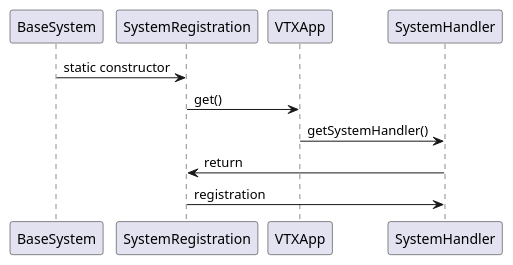
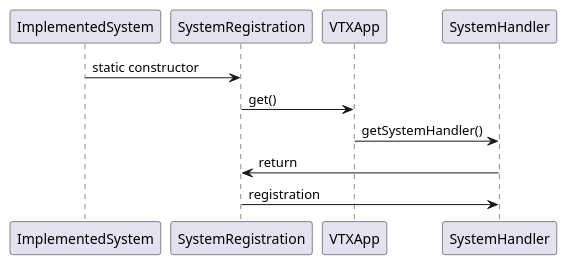
Before and after one commit to VTX-Molecular-Visualization/VTX: the second of 22 diagrams in DOCUMENTATION.md, drawn with PlantUML. The commit also changed other lines of this file, not shown here.

````diff
--- a/DOCUMENTATION.md
+++ b/DOCUMENTATION.md
@@ -44,11 +80,11 @@
 ```plantuml
 @startuml
 
-BaseSystem -> SystemRegistration : static constructor
+ImplementedSystem -> SystemRegistration : static constructor
 SystemRegistration -> VTXApp : get()
 VTXApp -> SystemHandler : getSystemHandler()
 SystemHandler -> SystemRegistration : return
 SystemRegistration -> SystemHandler : registration
 
 @enduml
 ```
````
